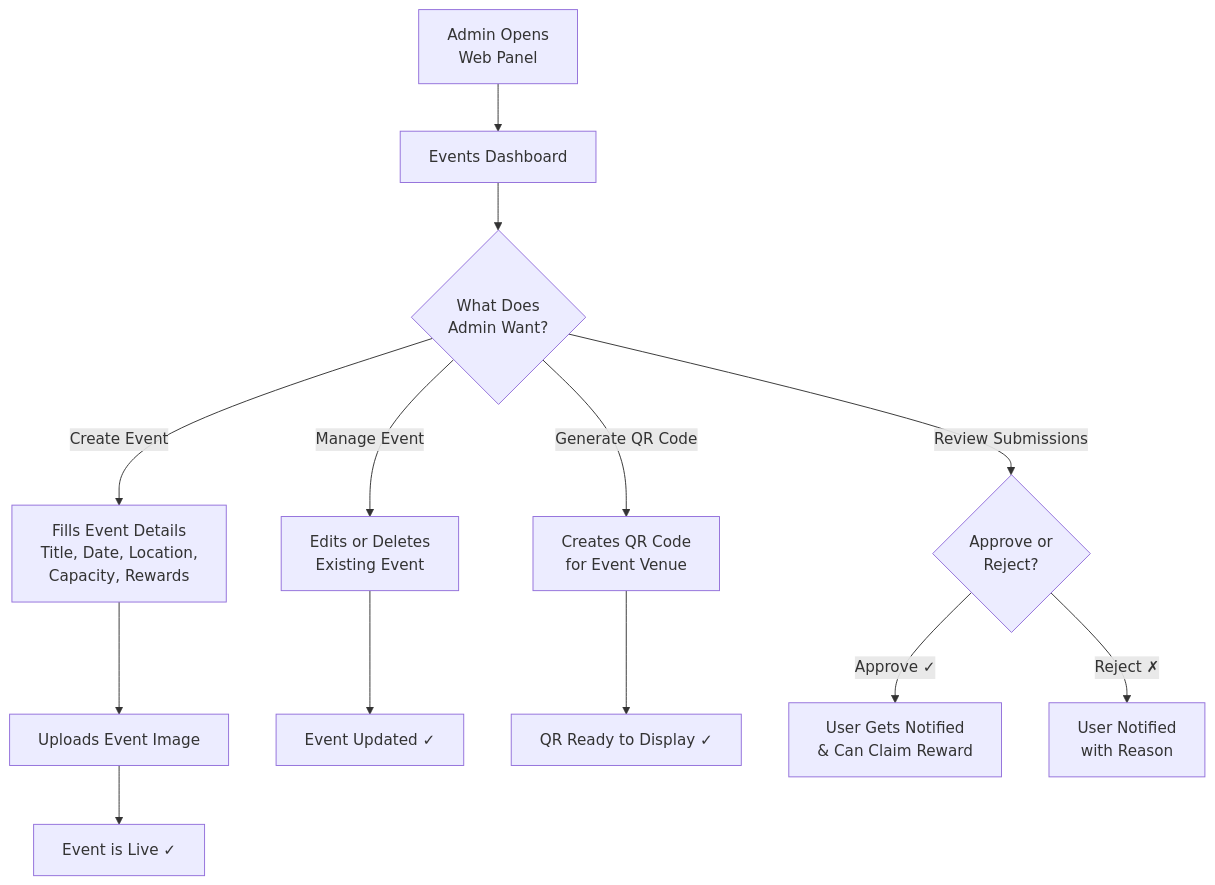
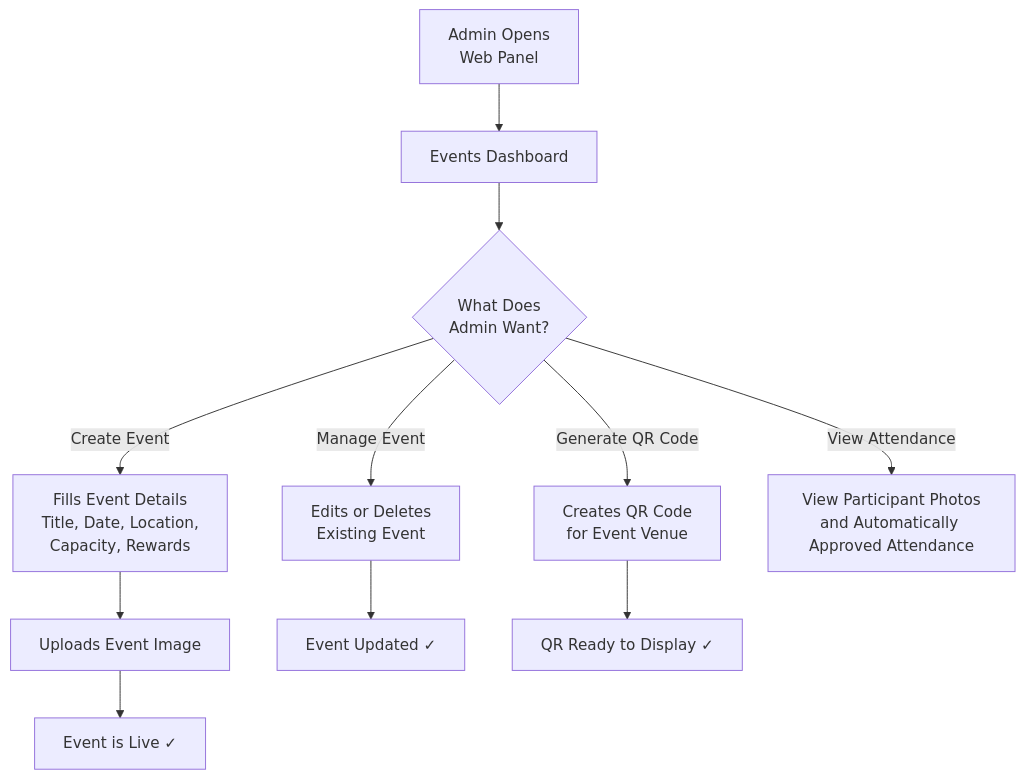
The second of 4 diagrams in docs/eco-events-flowchart.md (Lanczu1/Ecobud), drawn with Mermaid before and after one commit. The commit also changed other lines of this file and 13 other files, not shown here.

Commit message:
g and g fix, event attendance automatically, history page coins and points

````diff
--- a/docs/eco-events-flowchart.md
+++ b/docs/eco-events-flowchart.md
@@ -29,19 +28,17 @@
 ```mermaid
 flowchart TD
     A["Admin Opens\nWeb Panel"] --> B["Events Dashboard"]
 
     B --> C{"What Does\nAdmin Want?"}
     C -->|"Create Event"| D["Fills Event Details\nTitle, Date, Location,\nCapacity, Rewards"]
     D --> E["Uploads Event Image"]
     E --> F["Event is Live ✓"]
 
     C -->|"Manage Event"| G["Edits or Deletes\nExisting Event"]
     G --> H["Event Updated ✓"]
 
     C -->|"Generate QR Code"| I["Creates QR Code\nfor Event Venue"]
     I --> J["QR Ready to Display ✓"]
 
-    C -->|"Review Submissions"| K{"Approve or\nReject?"}
-    K -->|"Approve ✓"| L["User Gets Notified\n& Can Claim Reward"]
-    K -->|"Reject ✗"| M["User Notified\nwith Reason"]
+    C -->|"View Attendance"| K["View Participant Photos\nand Automatically Approved Attendance"]
 ```
````
